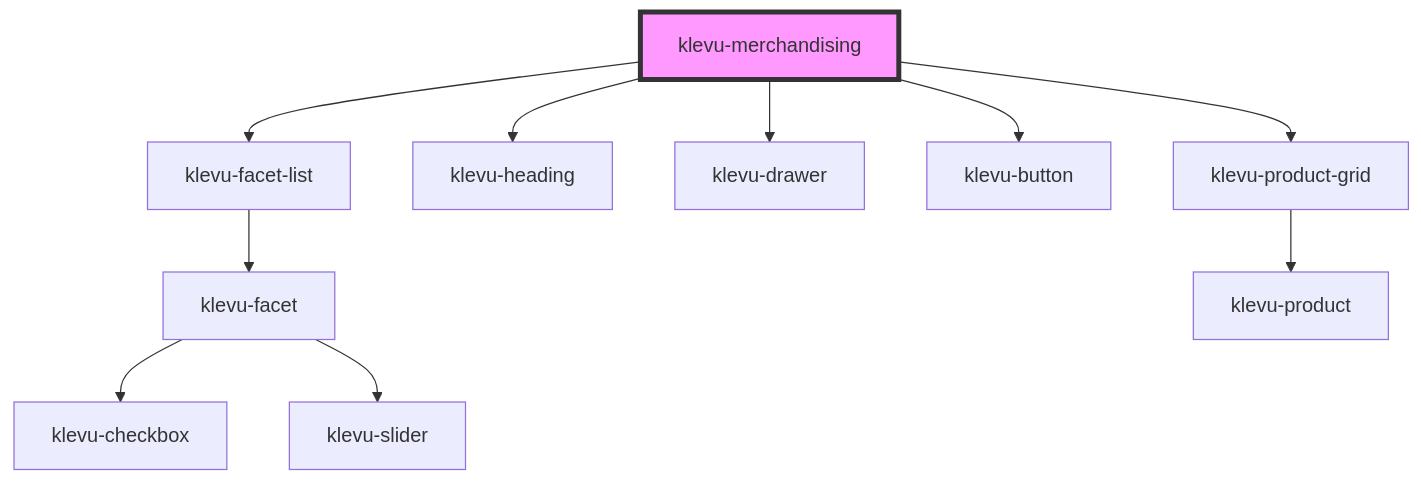
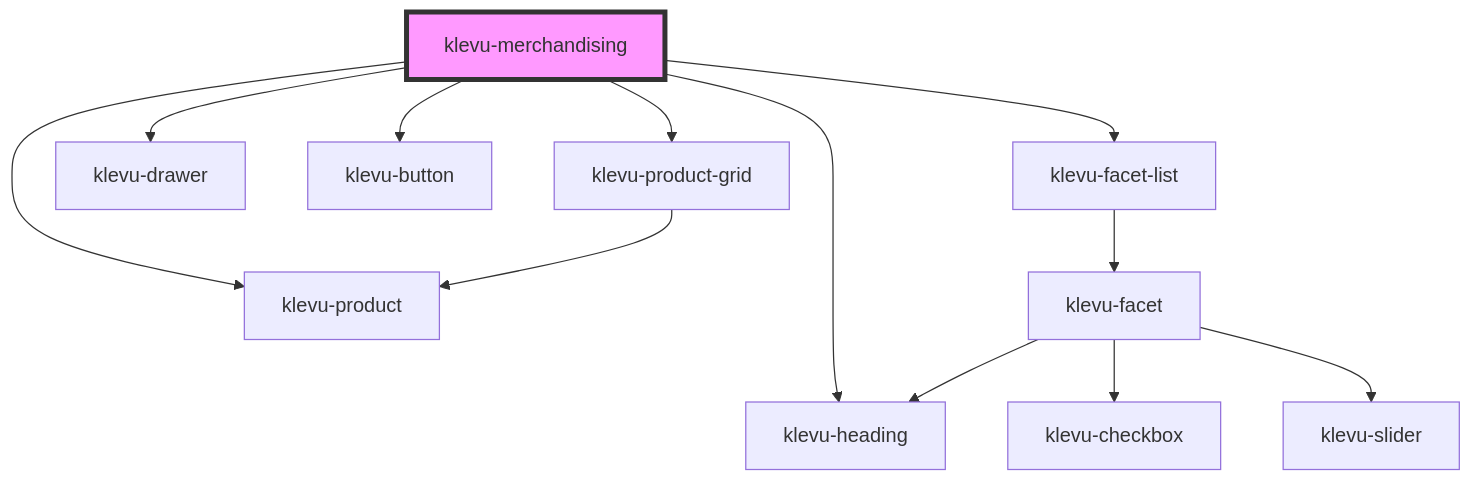
The diagram in packages/klevu-ui/src/components/klevu-merchandising/readme.md (klevultd/frontend-sdk), drawn with Mermaid before and after one commit. The commit also changed other lines of this file and 49 other files, not shown here.

````diff
--- a/packages/klevu-ui/src/components/klevu-merchandising/readme.md
+++ b/packages/klevu-ui/src/components/klevu-merchandising/readme.md
@@ -32,13 +34,15 @@
 ```mermaid
 graph TD;
   klevu-merchandising --> klevu-facet-list
   klevu-merchandising --> klevu-heading
   klevu-merchandising --> klevu-drawer
   klevu-merchandising --> klevu-button
   klevu-merchandising --> klevu-product-grid
+  klevu-merchandising --> klevu-product
   klevu-facet-list --> klevu-facet
+  klevu-facet --> klevu-heading
   klevu-facet --> klevu-checkbox
   klevu-facet --> klevu-slider
   klevu-product-grid --> klevu-product
   style klevu-merchandising fill:#f9f,stroke:#333,stroke-width:4px
 ```
````
